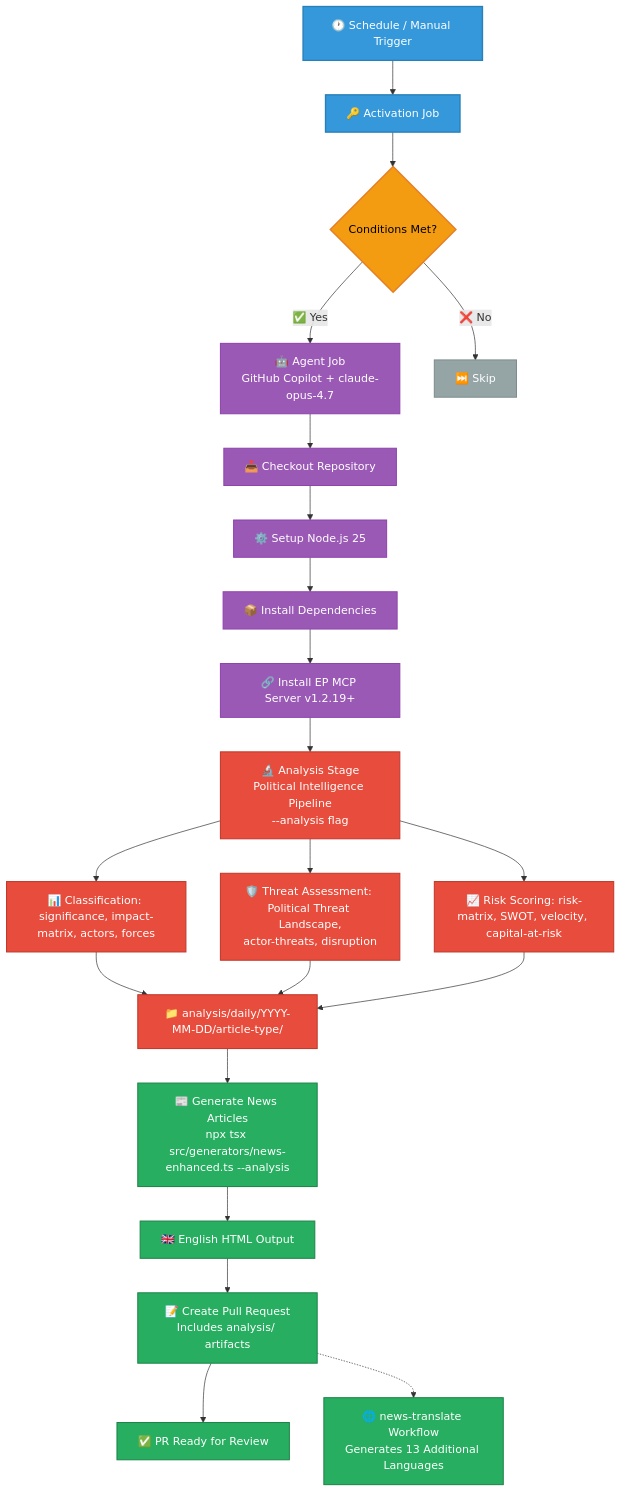
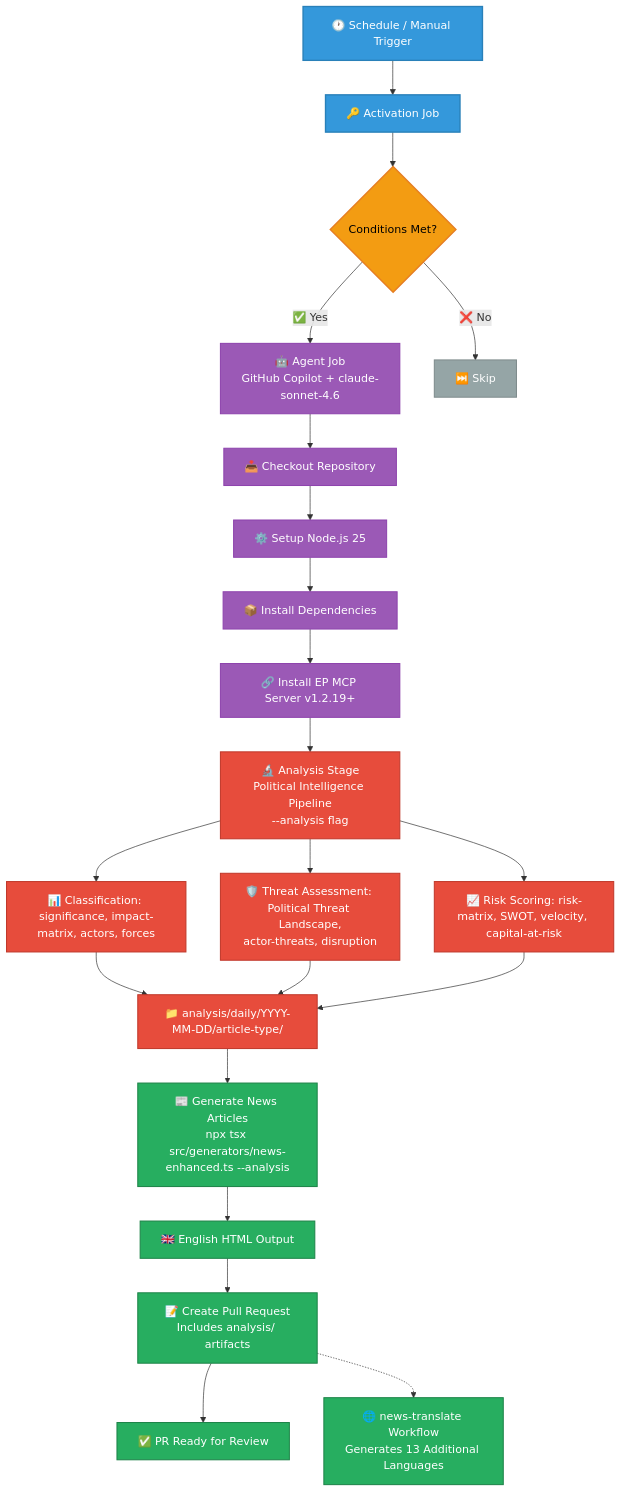
One commit to Hack23/euparliamentmonitor changed the third of 22 diagrams in WORKFLOWS.md. Above: the diagram before and after it, drawn with Mermaid. The commit also changed other lines of this file and 49 other files, not shown here.

````diff
--- a/WORKFLOWS.md
+++ b/WORKFLOWS.md
@@ -250,37 +250,37 @@
 ```mermaid
 graph TD
     A[🕐 Schedule / Manual Trigger] --> B[🔑 Activation Job]
     B --> C{Conditions Met?}
-    C -->|✅ Yes| D[🤖 Agent Job<br/>GitHub Copilot + claude-opus-4.7]
+    C -->|✅ Yes| D[🤖 Agent Job<br/>GitHub Copilot + claude-sonnet-4.6]
     C -->|❌ No| E[⏭️ Skip]
     D --> F[📥 Checkout Repository]
     F --> G[⚙️ Setup Node.js 25]
     G --> H[📦 Install Dependencies]
     H --> I[🔗 Install EP MCP Server v1.2.19+]
     I --> J1[🔬 Analysis Stage<br/>Political Intelligence Pipeline<br/>--analysis flag]
     J1 --> J1a[📊 Classification: significance, impact-matrix, actors, forces]
     J1 --> J1b[🛡️ Threat Assessment: Political Threat Landscape,<br/>actor-threats, disruption]
     J1 --> J1c[📈 Risk Scoring: risk-matrix, SWOT, velocity, capital-at-risk]
     J1a --> J1d["📁 analysis/daily/YYYY-MM-DD/article-type/"]
     J1b --> J1d
     J1c --> J1d
     J1d --> J[📰 Generate News Articles<br/>npx tsx src/generators/news-enhanced.ts --analysis]
     J --> K[🇬🇧 English HTML Output]
     K --> L[📝 Create Pull Request<br/>Includes analysis/ artifacts]
     L --> M[✅ PR Ready for Review]
     L -.-> N[🌐 news-translate Workflow<br/>Generates 13 Additional Languages]
 
     classDef trigger fill:#3498db,stroke:#2980b9,stroke-width:2px,color:white
     classDef process fill:#9b59b6,stroke:#8e44ad,stroke-width:1.5px,color:white
     classDef decision fill:#f39c12,stroke:#e67e22,stroke-width:2px,color:black
     classDef skip fill:#95a5a6,stroke:#7f8c8d,stroke-width:1.5px,color:white
     classDef analysis fill:#e74c3c,stroke:#c0392b,stroke-width:1.5px,color:white
     classDef output fill:#27ae60,stroke:#1e8449,stroke-width:1.5px,color:white
 
     class A,B trigger
     class D,F,G,H,I process
     class C decision
     class E skip
     class J1,J1a,J1b,J1c,J1d analysis
     class J,K,L,M,N output
 ```
````
